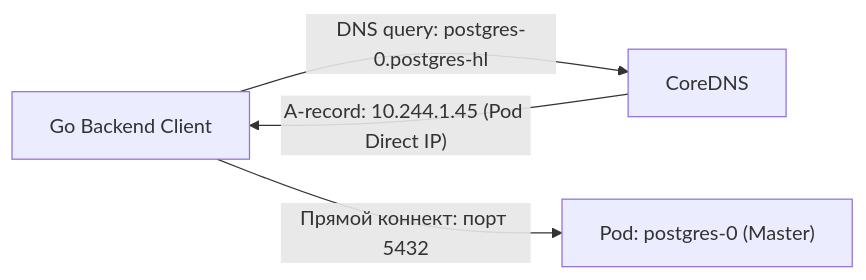
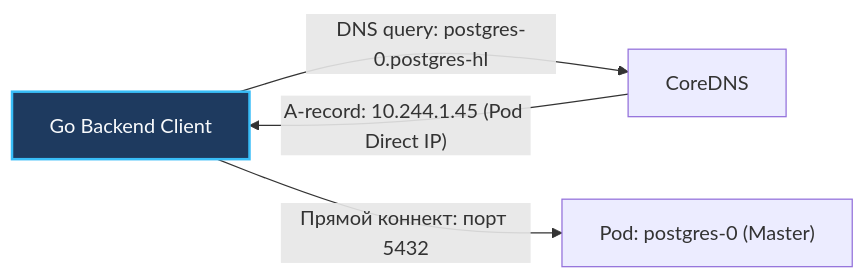
Before and after one commit to UnrealTemplier/go-textbook: the third of 4 diagrams in sources/19. Инфраструктура. Linux, nginx, Docker, Kubernetes/04. Kubernetes/6. Stateful приложения.md, drawn with Mermaid. The commit also changed other lines of this file and 1666 other files, not shown here.

First line of the commit message:
feat(mermaid): add semantic color classDef to 1369 colorless flowchart/graph diagrams

````diff
--- a/sources/19. Инфраструктура. Linux, nginx, Docker, Kubernetes/04. Kubernetes/6. Stateful приложения.md
+++ b/sources/19. Инфраструктура. Linux, nginx, Docker, Kubernetes/04. Kubernetes/6. Stateful приложения.md
@@ -98,6 +118,16 @@
 ```mermaid
 flowchart LR
-    GoClient["Go Backend Client"] -->|"DNS query: postgres-0.postgres-hl"| CoreDNS["CoreDNS"]
+    classDef process  fill:#1e293b,stroke:#38bdf8,stroke-width:1px,color:#f8fafc
+    classDef success  fill:#064e3b,stroke:#34d399,stroke-width:1px,color:#f8fafc
+    classDef error    fill:#7f1d1d,stroke:#f87171,stroke-width:1px,color:#f8fafc
+    classDef warning  fill:#78350f,stroke:#fbbf24,stroke-width:1px,color:#f8fafc
+    classDef entry    fill:#1e3a5f,stroke:#38bdf8,stroke-width:2px,color:#f8fafc
+    classDef aux      fill:#334155,stroke:#64748b,stroke-width:1px,color:#f8fafc
+    classDef system   fill:#312e81,stroke:#a78bfa,stroke-width:1px,color:#f8fafc
+    classDef data     fill:#132d29,stroke:#2dd4bf,stroke-width:1px,color:#f8fafc
+    classDef network  fill:#881337,stroke:#fb7185,stroke-width:1px,color:#f8fafc
+    classDef accent   fill:#1e1b4b,stroke:#818cf8,stroke-width:1px,color:#f8fafc
+    GoClient["Go Backend Client"]:::entry -->|"DNS query: postgres-0.postgres-hl"| CoreDNS["CoreDNS"]
     CoreDNS -->|"A-record: 10.244.1.45 (Pod Direct IP)"| GoClient
     GoClient -->|"Прямой коннект: порт 5432"| Pod0["Pod: postgres-0 (Master)"]
 ```
````
